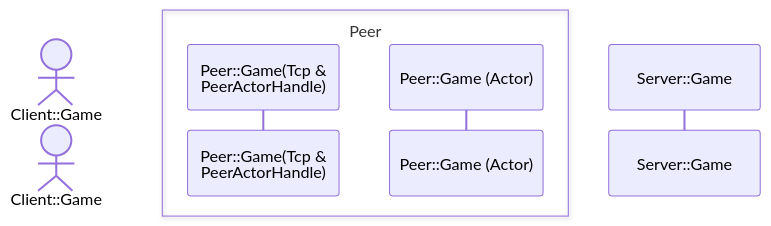
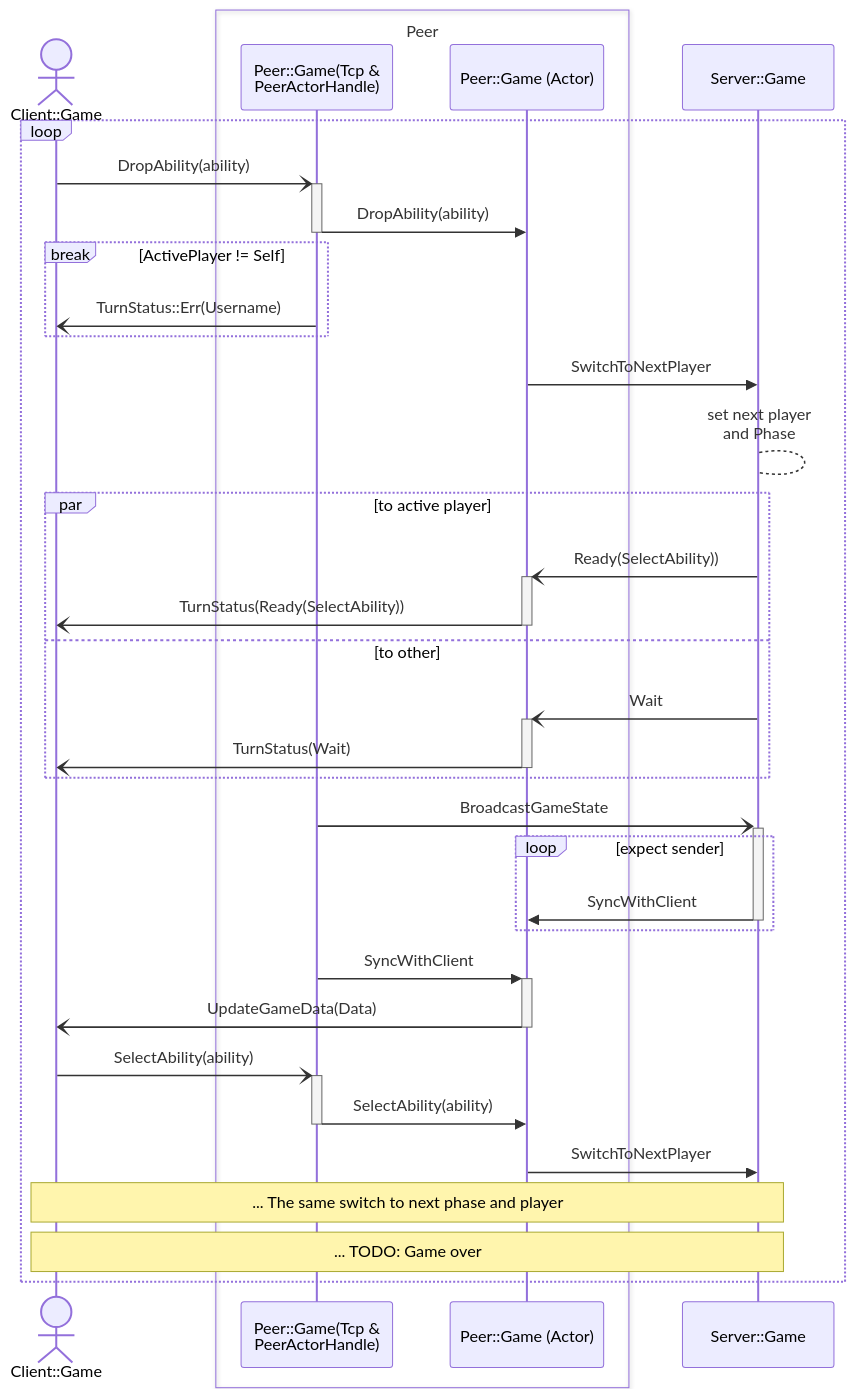
The fourth of 4 diagrams in README.md (39555/kobuleti), drawn with Mermaid before and after one commit. The commit also changed other lines of this file, not shown here.

Commit message:
docs: Game mermaid

````diff
--- a/README.md
+++ b/README.md
@@ -183,9 +183,38 @@
 ```mermaid
 sequenceDiagram
     actor C as Client::Game
     box Peer
         participant PC as Peer::Game(Tcp &<br/> PeerActorHandle)
         participant P as Peer::Game (Actor)
     end
     participant G as Server::Game
+    loop
+        C-)+PC: DropAbility(ability)
+        PC->>-P: DropAbility(ability)
+        break ActivePlayer != Self
+            PC-)C: TurnStatus::Err(Username)
+        end
+        P->>G: SwitchToNextPlayer
+        G-->G: set next player<br/> and Phase
+        par to active player
+            G-)+P: Ready(SelectAbility))
+            P-)-C: TurnStatus(Ready(SelectAbility))
+        and to other
+            G-)+P: Wait
+            P-)-C: TurnStatus(Wait)
+        end
+        PC-)+G: BroadcastGameState
+        loop expect sender
+            G->>-P: SyncWithClient 
+        end
+        PC->>+P:  SyncWithClient
+        P-)-C: UpdateGameData(Data)
+
+        C-)+PC: SelectAbility(ability)
+        PC->>-P: SelectAbility(ability)
+        P->>G: SwitchToNextPlayer 
+         Note over C, G: ... The same switch to next phase and player
+        Note over C, G: ... TODO: Game over
+    end
+    
 ```
````
